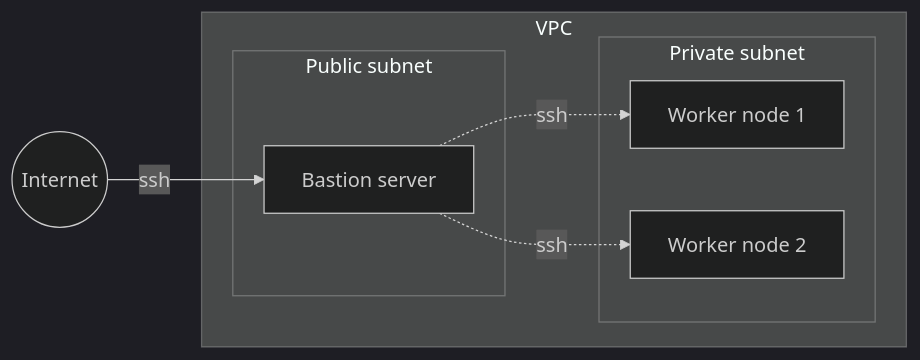
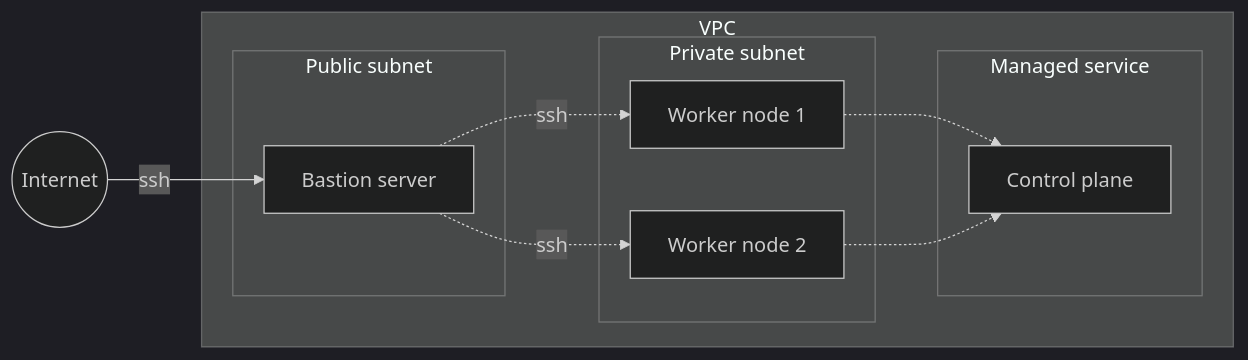
Before and after one commit to andykuszyk/andykuszyk.github.io: the first of 7 diagrams in 2023-11-07-securing-environment-access.md, drawn with Mermaid (dark theme). The commit also changed other lines of this file, not shown here.

````diff
--- a/2023-11-07-securing-environment-access.md
+++ b/2023-11-07-securing-environment-access.md
@@ -31,16 +31,21 @@
 ```mermaid
 flowchart LR
   subgraph vpc[VPC]
     subgraph private[Private subnet]
 	  ec21[Worker node 1]
 	  ec22[Worker node 2]
 	end
 	subgraph public[Public subnet]
 		bastion[Bastion server]
 	end
+	subgraph managed[Managed service]
+	   ctrl[Control plane]
+	end
   end
   internet((Internet))
   internet-->|ssh|bastion
   bastion-.->|ssh|ec21
   bastion-.->|ssh|ec22
+  ec21-.->ctrl
+  ec22-.->ctrl
 ```
````
